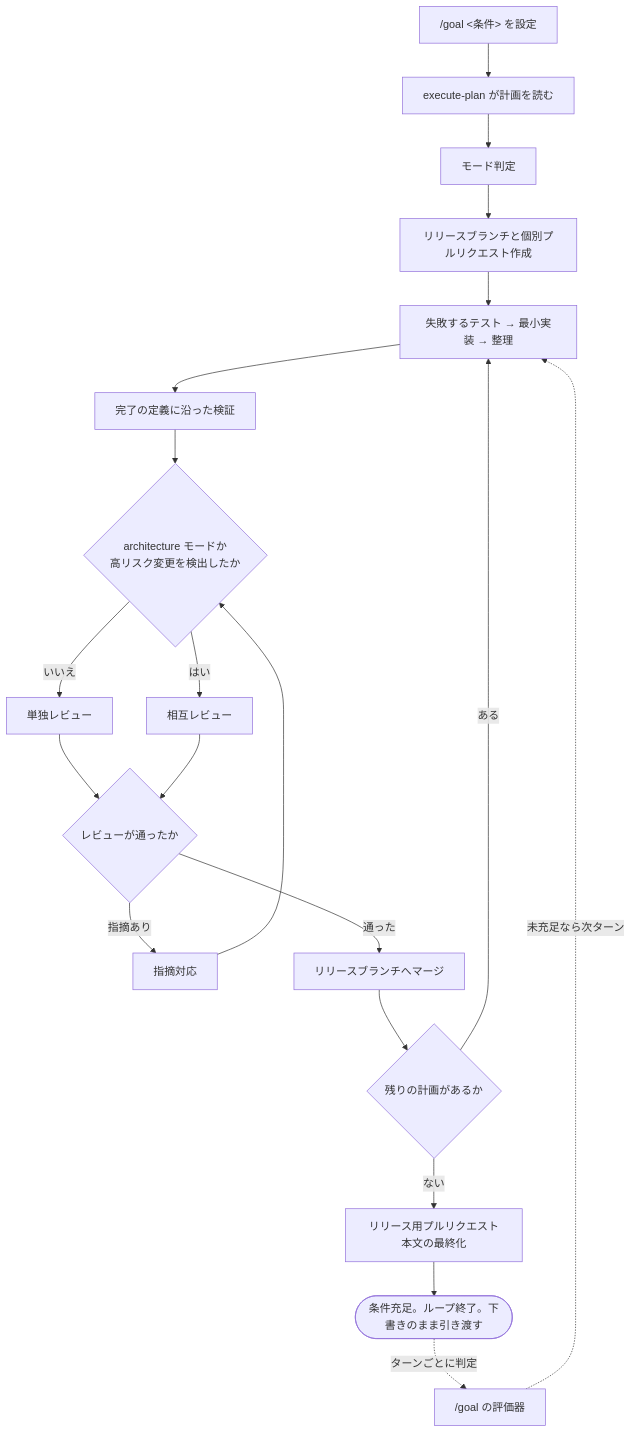
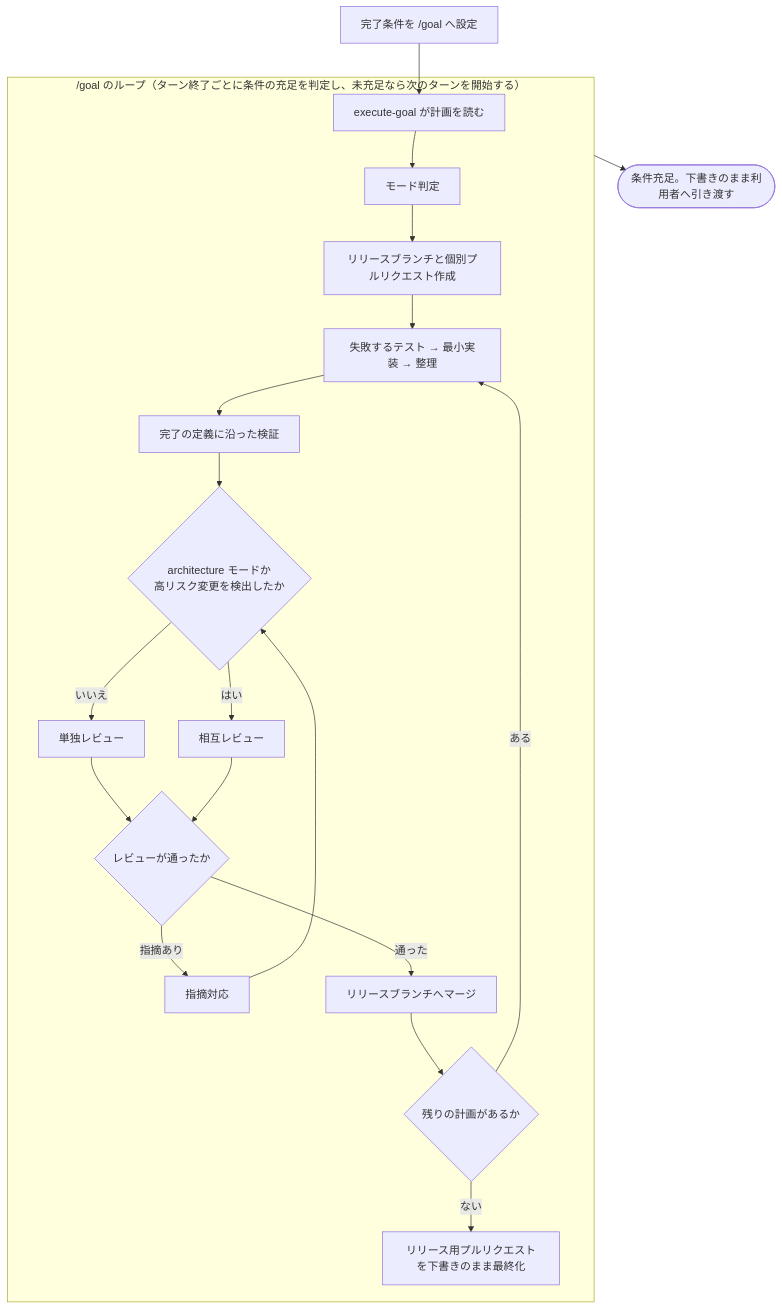
One commit to devbasex/ai-plugins changed the diagram in issues/ndf-development-skills/05-goal-workflow.md. Above: the diagram before and after it, drawn with Mermaid. The commit also changed other lines of this file and 8 other files, not shown here.

````diff
--- a/issues/ndf-development-skills/05-goal-workflow.md
+++ b/issues/ndf-development-skills/05-goal-workflow.md
@@ -52,22 +50,22 @@
 ```mermaid
 flowchart TD
-    A["/goal <条件> を設定"] --> B[execute-plan が計画を読む]
-    B --> C[モード判定]
-    C --> D[リリースブランチと個別プルリクエスト作成]
-    D --> E[失敗するテスト → 最小実装 → 整理]
-    E --> F[完了の定義に沿った検証]
-    F --> G{architecture モードか<br/>高リスク変更を検出したか}
-    G -->|いいえ| H[単独レビュー]
-    G -->|はい| I[相互レビュー]
-    H --> J{レビューが通ったか}
-    I --> J
-    J -->|指摘あり| K[指摘対応]
-    K --> G
-    J -->|通った| L[リリースブランチへマージ]
-    L --> M{残りの計画があるか}
-    M -->|ある| E
-    M -->|ない| N[リリース用プルリクエスト本文の最終化]
-    N --> O([条件充足。ループ終了。下書きのまま引き渡す])
-    O -.ターンごとに判定.-> P["/goal の評価器"]
-    P -.未充足なら次ターン.-> E
+    subgraph LOOP["/goal のループ（ターン終了ごとに条件の充足を判定し、未充足なら次のターンを開始する）"]
+        B[execute-goal が計画を読む] --> C[モード判定]
+        C --> D[リリースブランチと個別プルリクエスト作成]
+        D --> E[失敗するテスト → 最小実装 → 整理]
+        E --> F[完了の定義に沿った検証]
+        F --> G{architecture モードか<br/>高リスク変更を検出したか}
+        G -->|いいえ| H[単独レビュー]
+        G -->|はい| I[相互レビュー]
+        H --> J{レビューが通ったか}
+        I --> J
+        J -->|指摘あり| K[指摘対応]
+        K --> G
+        J -->|通った| L[リリースブランチへマージ]
+        L --> M{残りの計画があるか}
+        M -->|ある| E
+        M -->|ない| N[リリース用プルリクエストを下書きのまま最終化]
+    end
+    A["完了条件を /goal へ設定"] --> B
+    LOOP --> Z([条件充足。下書きのまま利用者へ引き渡す])
 ```
````
